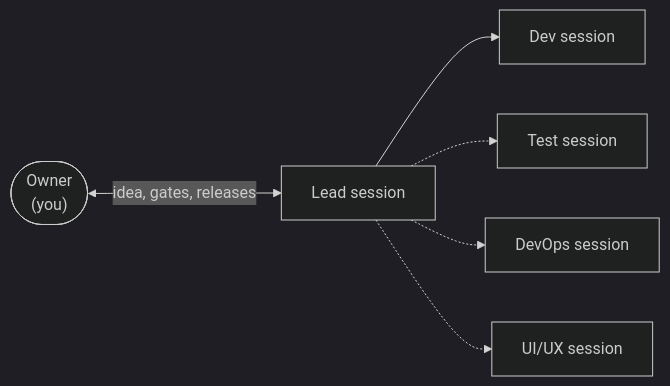
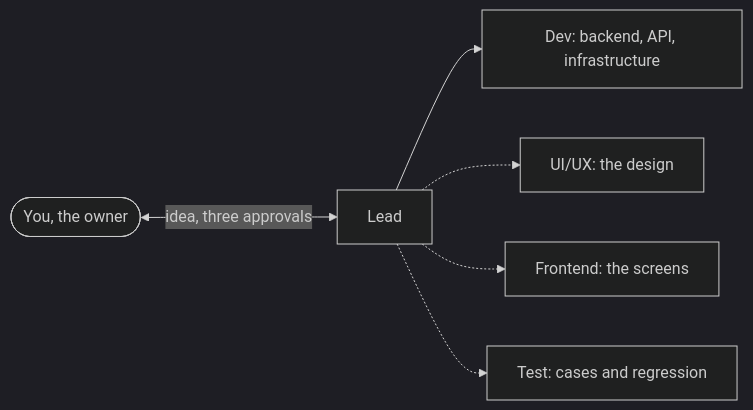
One commit to liquizzz/crewbook-build changed the diagram in docs/book/00-introduction.md. Above: the diagram before and after it, drawn with Mermaid (dark theme). The commit also changed other lines of this file and 52 other files, not shown here.

````diff
--- a/docs/book/00-introduction.md
+++ b/docs/book/00-introduction.md
@@ -44,8 +43,8 @@
 ```mermaid
 flowchart LR
-  O(["Owner<br/>(you)"]) <-- "idea, gates, releases" --> Lead["Lead session"]
-  Lead --> Dev["Dev session"]
-  Lead -.-> Test["Test session"]
-  Lead -.-> DevOps["DevOps session"]
-  Lead -.-> UX["UI/UX session"]
+  O(["You, the owner"]) <-- "idea, three approvals" --> Lead["Lead"]
+  Lead --> Dev["Dev: backend, API, infrastructure"]
+  Lead -.-> UX["UI/UX: the design"]
+  Lead -.-> FE["Frontend: the screens"]
+  Lead -.-> Test["Test: cases and regression"]
 ```
````
